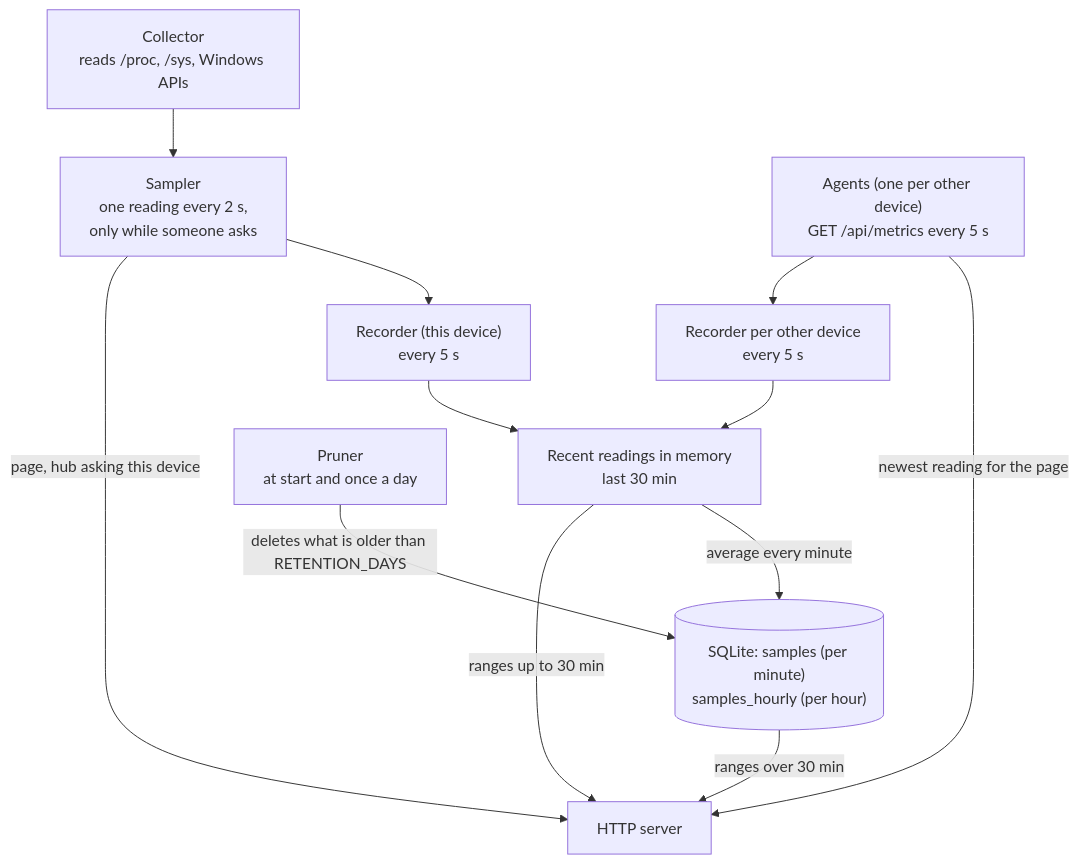
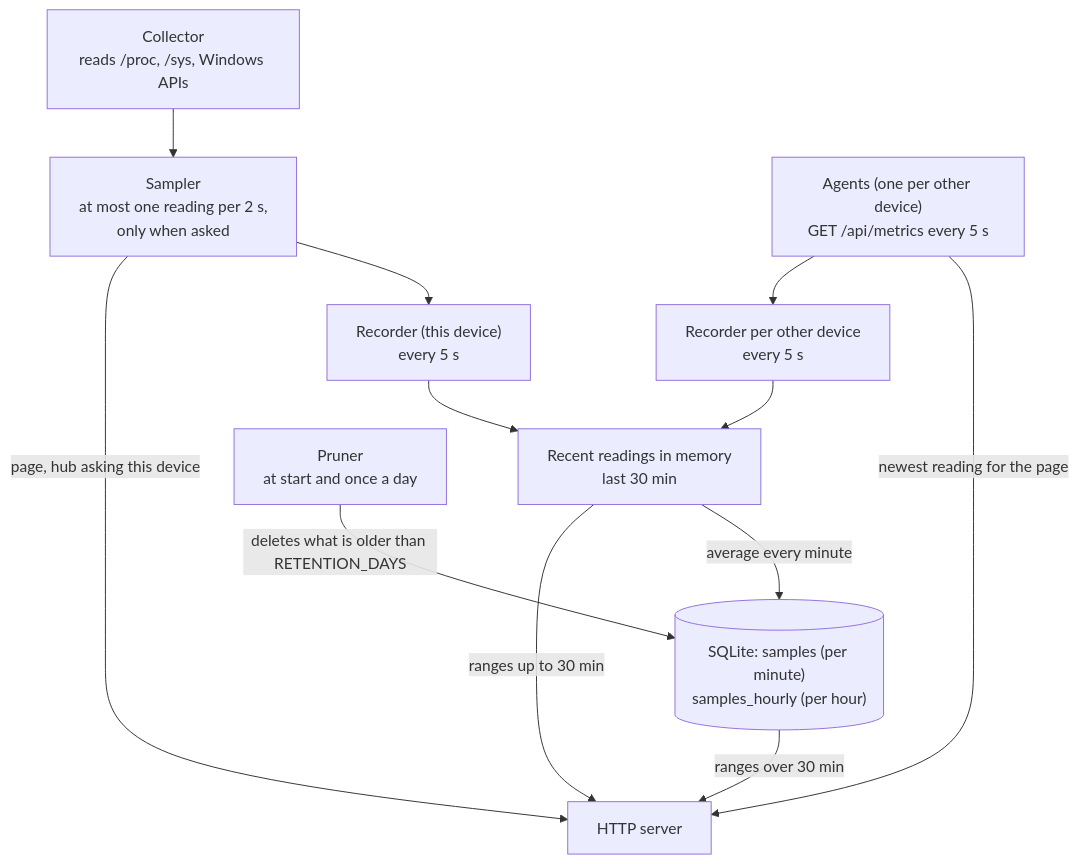
The second of 3 diagrams in docs/architecture.md (Chriszly/usage-control), drawn with Mermaid before and after one commit. The commit also changed other lines of this file and 37 other files, not shown here.

````diff
--- a/docs/architecture.md
+++ b/docs/architecture.md
@@ -76,23 +76,23 @@
 ```mermaid
 flowchart TB
     collector["Collector<br/>reads /proc, /sys, Windows APIs"]
-    sampler["Sampler<br/>one reading every 2 s,<br/>only while someone asks"]
+    sampler["Sampler<br/>at most one reading per 2 s,<br/>only when asked"]
     recorder["Recorder (this device)<br/>every 5 s"]
     agents["Agents (one per other device)<br/>GET /api/metrics every 5 s"]
     recent["Recent readings in memory<br/>last 30 min"]
     store[("SQLite: samples (per minute)<br/>samples_hourly (per hour)")]
     pruner["Pruner<br/>at start and once a day"]
     api["HTTP server"]
 
     collector --> sampler
     sampler --> recorder
     sampler -- "page, hub asking this device" --> api
     agents -- "newest reading for the page" --> api
     agents --> recorderR["Recorder per other device<br/>every 5 s"]
     recorder --> recent
     recorderR --> recent
     recent -- "average every minute" --> store
     pruner -- "deletes what is older than RETENTION_DAYS" --> store
     store -- "ranges over 30 min" --> api
     recent -- "ranges up to 30 min" --> api
 ```
````
